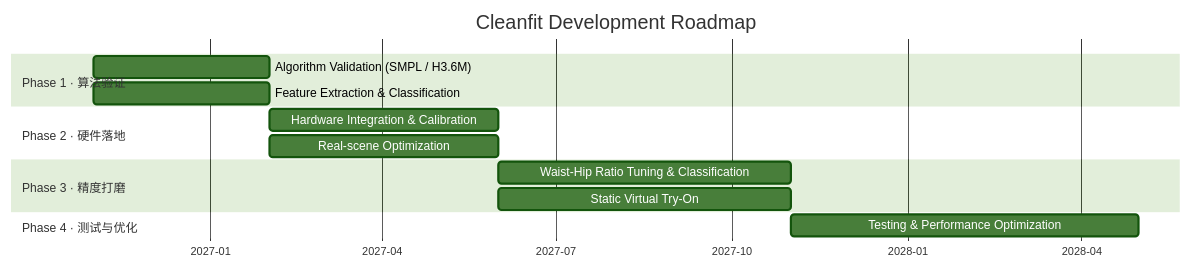
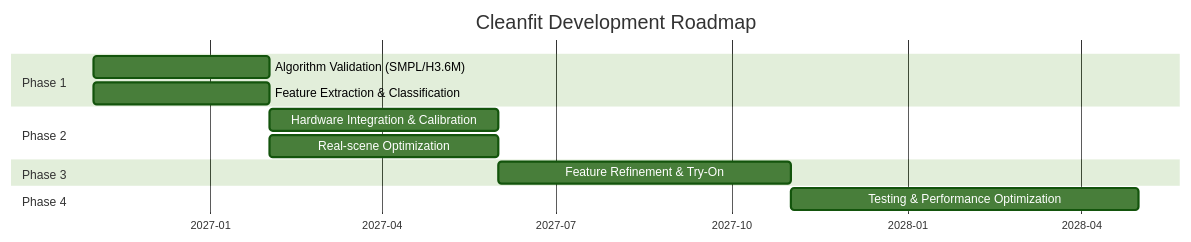
Before and after one commit to Aholic-12/Cleanfit: the diagram in README.md, drawn with Mermaid (forest theme). The commit also changed other lines of this file, not shown here.

````diff
--- a/README.md
+++ b/README.md
@@ -248,21 +236,20 @@
 ```mermaid
 gantt
     title Cleanfit Development Roadmap
     dateFormat YYYY-MM
     axisFormat %Y-%m
 
-    section Phase 1 · 算法验证
-    Algorithm Validation (SMPL / H3.6M)   :p1a, 2026-11, 3M
+    section Phase 1
+    Algorithm Validation (SMPL/H3.6M)     :p1, 2026-11, 3M
     Feature Extraction & Classification    :p1b, 2026-11, 3M
 
-    section Phase 2 · 硬件落地
-    Hardware Integration & Calibration     :p2a, after p1a, 4M
-    Real-scene Optimization                :p2b, after p1b, 4M
+    section Phase 2
+    Hardware Integration & Calibration     :p2, after p1, 4M
+    Real-scene Optimization                :p2b, after p1, 4M
 
-    section Phase 3 · 精度打磨
-    Waist-Hip Ratio Tuning & Classification:p3a, after p2a, 5M
-    Static Virtual Try-On                  :p3b, after p2b, 5M
+    section Phase 3
+    Feature Refinement & Try-On            :p3, after p2, 5M
 
-    section Phase 4 · 测试与优化
-    Testing & Performance Optimization     :p4, after p3a, 6M
+    section Phase 4
+    Testing & Performance Optimization     :p4, after p3, 6M
 ```
````
